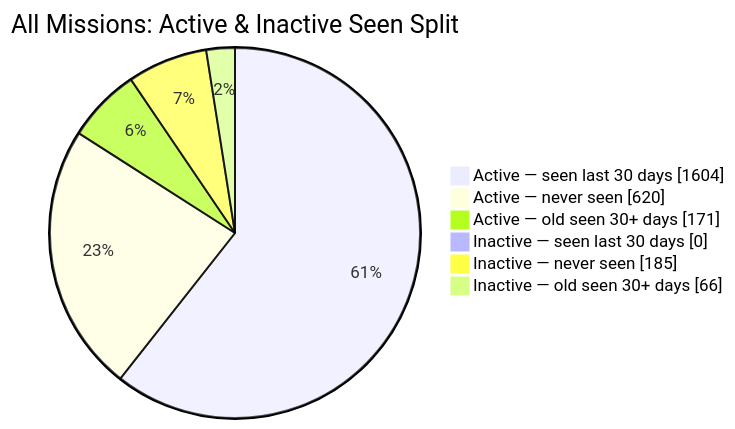
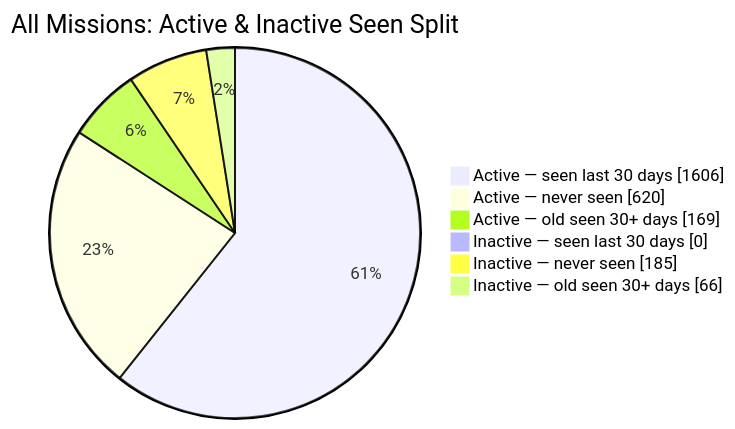
Before and after one commit to MeldkamerspelGameTeam/active-missions: the second of 2 diagrams in README.md, drawn with Mermaid. The commit also changed other lines of this file and 3 other files, not shown here.

````diff
--- a/README.md
+++ b/README.md
@@ -44,10 +44,10 @@
 ```mermaid
 pie showData
     title All Missions: Active & Inactive Seen Split
-    "Active — seen last 30 days" : 1604
+    "Active — seen last 30 days" : 1606
     "Active — never seen" : 620
-    "Active — old seen 30+ days" : 171
+    "Active — old seen 30+ days" : 169
     "Inactive — seen last 30 days" : 0
     "Inactive — never seen" : 185
     "Inactive — old seen 30+ days" : 66
 ```
````
